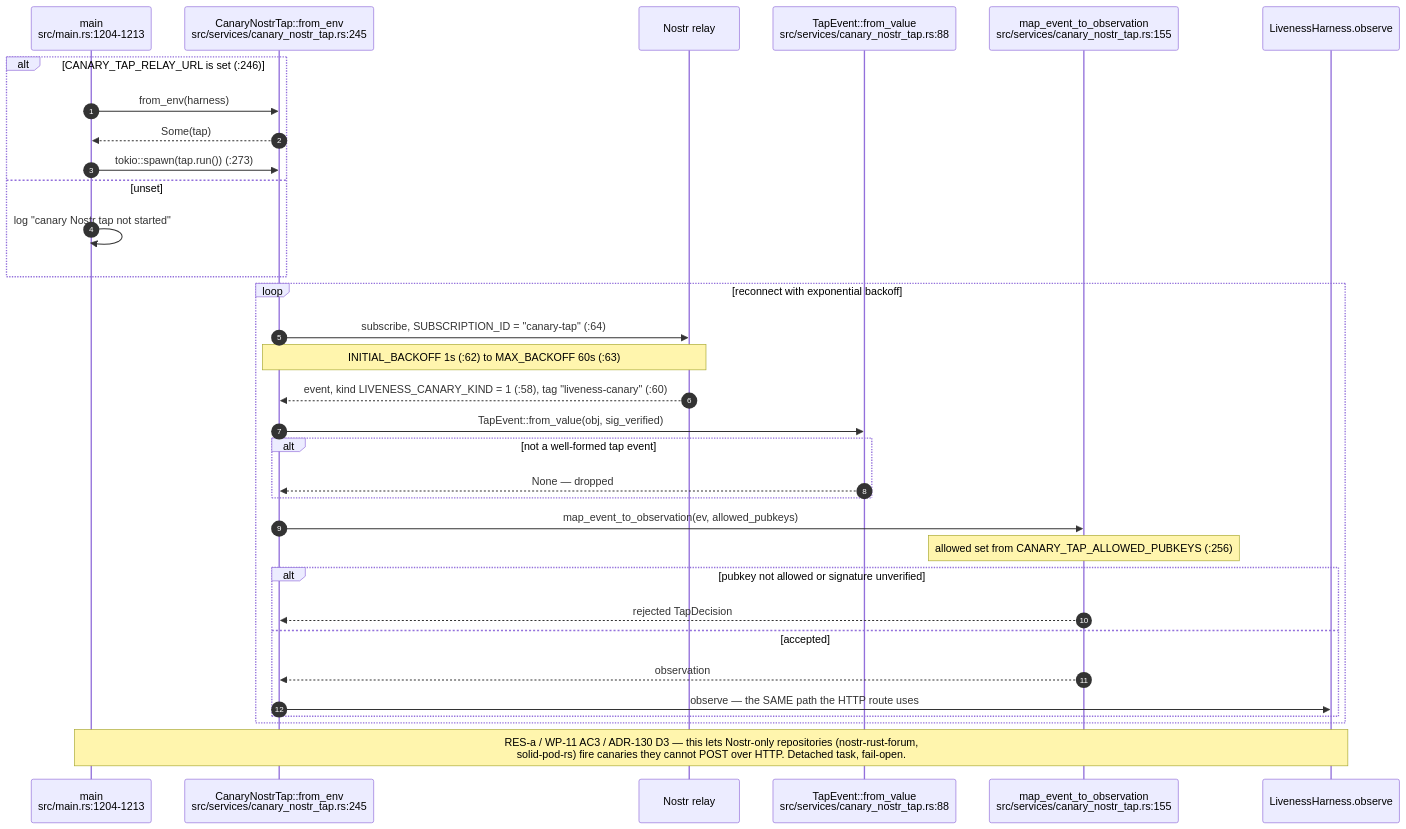
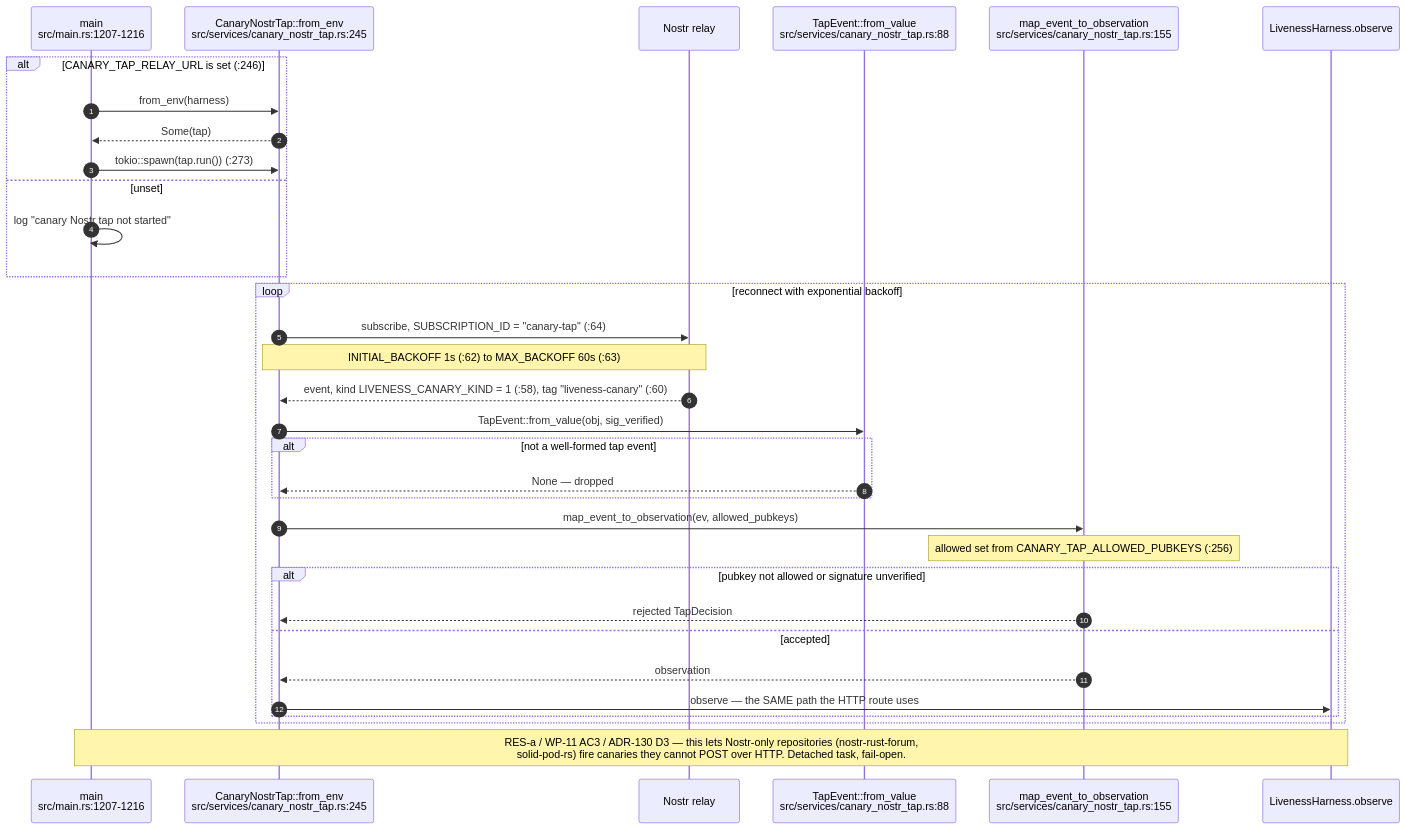
Before and after one commit to DreamLab-AI/AR-AI-Knowledge-Graph: the fifth of 12 diagrams in docs/diagrams/visionclaw/08-observability-health-and-dev-loop.md, drawn with Mermaid. The commit also changed other lines of this file and 73 other files, not shown here.

First line of the commit message:
docs(diagrams): re-verify all 71 topic files against HEAD; add --cite-check

````diff
--- a/docs/diagrams/visionclaw/08-observability-health-and-dev-loop.md
+++ b/docs/diagrams/visionclaw/08-observability-health-and-dev-loop.md
@@ -149,36 +149,36 @@
 ```mermaid
 sequenceDiagram
     autonumber
-    participant M as main<br/>src/main.rs:1204-1213
+    participant M as main<br/>src/main.rs:1207-1216
     participant T as CanaryNostrTap::from_env<br/>src/services/canary_nostr_tap.rs:245
     participant R as Nostr relay
     participant E as TapEvent::from_value<br/>src/services/canary_nostr_tap.rs:88
     participant D as map_event_to_observation<br/>src/services/canary_nostr_tap.rs:155
     participant LH as LivenessHarness.observe
 
     alt CANARY_TAP_RELAY_URL is set (:246)
         M->>T: from_env(harness)
         T-->>M: Some(tap)
         M->>T: tokio::spawn(tap.run()) (:273)
     else unset
         M->>M: log "canary Nostr tap not started"
     end
     loop reconnect with exponential backoff
         T->>R: subscribe, SUBSCRIPTION_ID = "canary-tap" (:64)
         Note over T,R: INITIAL_BACKOFF 1s (:62) to MAX_BACKOFF 60s (:63)
         R-->>T: event, kind LIVENESS_CANARY_KIND = 1 (:58), tag "liveness-canary" (:60)
         T->>E: TapEvent::from_value(obj, sig_verified)
         alt not a well-formed tap event
             E-->>T: None — dropped
         end
         T->>D: map_event_to_observation(ev, allowed_pubkeys)
         Note over D: allowed set from CANARY_TAP_ALLOWED_PUBKEYS (:256)
         alt pubkey not allowed or signature unverified
             D-->>T: rejected TapDecision
         else accepted
             D-->>T: observation
             T->>LH: observe — the SAME path the HTTP route uses
         end
     end
     Note over M,LH: RES-a / WP-11 AC3 / ADR-130 D3 — this lets Nostr-only repositories (nostr-rust-forum,<br/>solid-pod-rs) fire canaries they cannot POST over HTTP. Detached task, fail-open.
 ```
````
